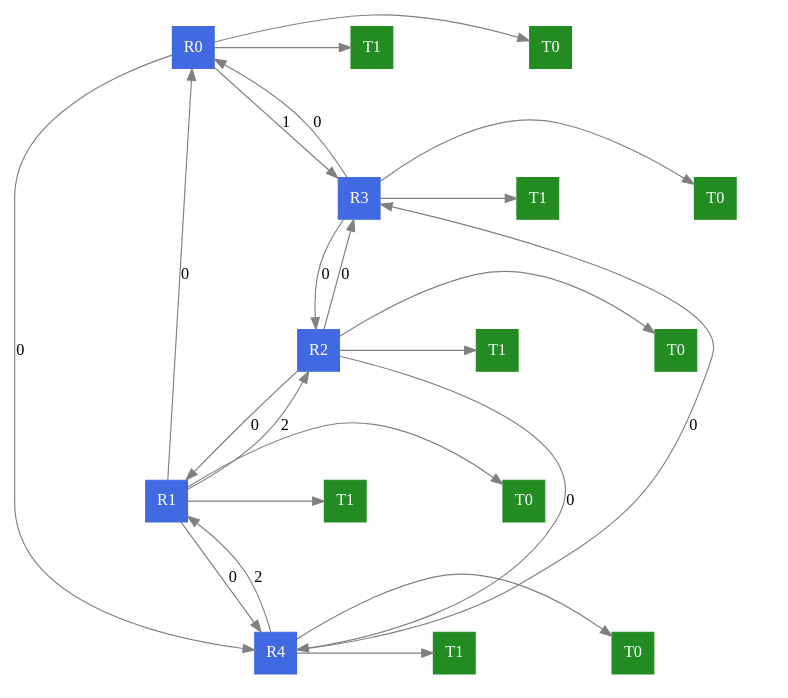
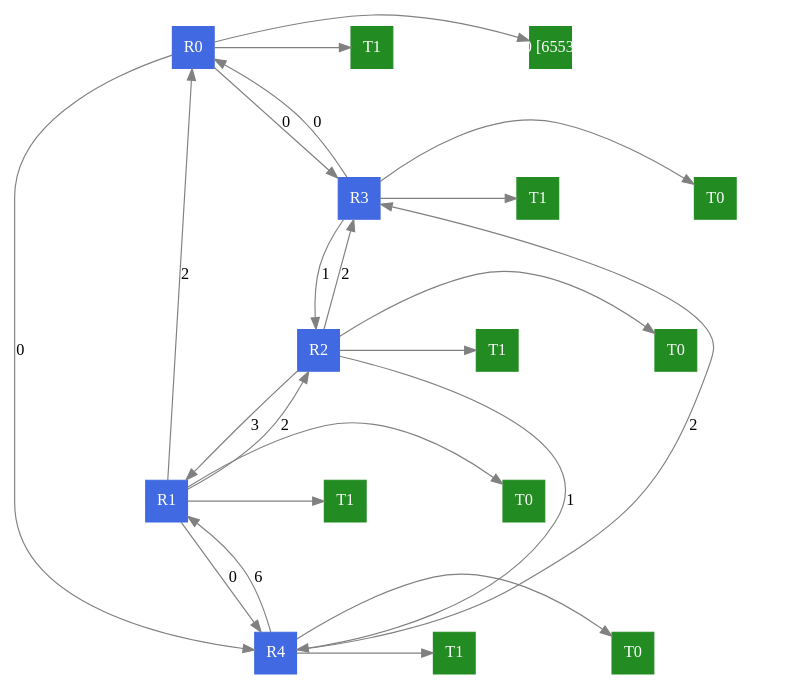
Before and after one commit to Fede108/Algoritmos-y-estructura-de-Datos: the diagram in Trabajo_Final/src/grafo.dot, drawn with Graphviz. The commit also changed 10 other files, not shown here.

```diff
--- a/Trabajo_Final/src/grafo.dot
+++ b/Trabajo_Final/src/grafo.dot
@@ -1,48 +1,48 @@
 digraph G {
     edge [color=gray, penwidth=1];
     size="8,8";
     ratio="fill";
  subgraph routers {
  node [shape=box, style=filled, color=royalblue, fixedsize=true, width=0.5, height=0.5, fontcolor=white];
         0 [label="R0"];
         1 [label="R1"];
         2 [label="R2"];
         3 [label="R3"];
         4 [label="R4"];
   }
  subgraph terminales {
   node [shape=box, style=filled, color=forestgreen, fixedsize=true, width=0.5, height=0.5, fontcolor=white];
-00 [label="T0"];
+00 [label="T0 [65539]"];
 01 [label="T1"];
 10 [label="T0"];
 11 [label="T1"];
 20 [label="T0"];
 21 [label="T1"];
 30 [label="T0"];
 31 [label="T1"];
 40 [label="T0"];
 41 [label="T1"];
  }
-    0 -> 3 [label="1"];
+    0 -> 3 [label="0"];
     0 -> 4 [label="0"];
-    1 -> 0 [label="0"];
+    1 -> 0 [label="2"];
     1 -> 2 [label="2"];
     1 -> 4 [label="0"];
-    2 -> 1 [label="0"];
-    2 -> 3 [label="0"];
-    2 -> 4 [label="0"];
+    2 -> 1 [label="3"];
+    2 -> 3 [label="2"];
+    2 -> 4 [label="1"];
     3 -> 0 [label="0"];
-    3 -> 2 [label="0"];
-    4 -> 1 [label="2"];
-    4 -> 3 [label="0"];
+    3 -> 2 [label="1"];
+    4 -> 1 [label="6"];
+    4 -> 3 [label="2"];
     0 -> 00 [minlen=0.2];
     0 -> 01 [minlen=0.2];
     1 -> 10 [minlen=0.2];
     1 -> 11 [minlen=0.2];
     2 -> 20 [minlen=0.2];
     2 -> 21 [minlen=0.2];
     3 -> 30 [minlen=0.2];
     3 -> 31 [minlen=0.2];
     4 -> 40 [minlen=0.2];
     4 -> 41 [minlen=0.2];
 }
```
